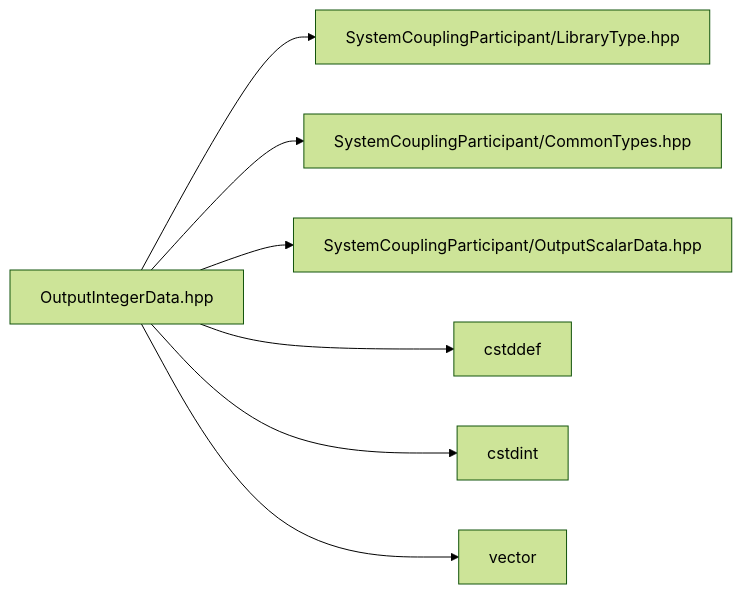
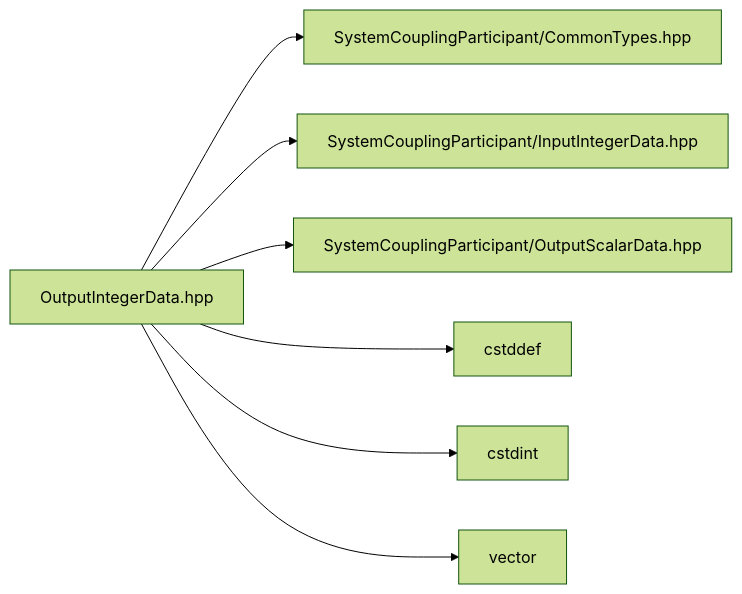
The diagram in 2026R1/system-coupling-26-r1/articles/cpp-reference/OutputIntegerData_8hpp.md (ansys/DevRelDocs), drawn with Mermaid (forest theme) before and after one commit. The commit also changed other lines of this file and 377 other files, not shown here.

````diff
--- a/2026R1/system-coupling-26-r1/articles/cpp-reference/OutputIntegerData_8hpp.md
+++ b/2026R1/system-coupling-26-r1/articles/cpp-reference/OutputIntegerData_8hpp.md
@@ -28,24 +29,24 @@
 ```mermaid
 graph LR
-6["cstdint"]
-
 1["OutputIntegerData.hpp"]
 click 1 "OutputIntegerData_8hpp.md#OutputIntegerData_8hpp"
 1 --> 2
 1 --> 3
 1 --> 4
 1 --> 5
 1 --> 6
 1 --> 7
 
-3["SystemCouplingParticipant/CommonTypes.hpp"]
+2["SystemCouplingParticipant/CommonTypes.hpp"]
+
+3["SystemCouplingParticipant/InputIntegerData.hpp"]
 
 4["SystemCouplingParticipant/OutputScalarData.hpp"]
 
+5["cstddef"]
+
+6["cstdint"]
+
 7["vector"]
 
-2["SystemCouplingParticipant/LibraryType.hpp"]
-
-5["cstddef"]
-
 ```
````
